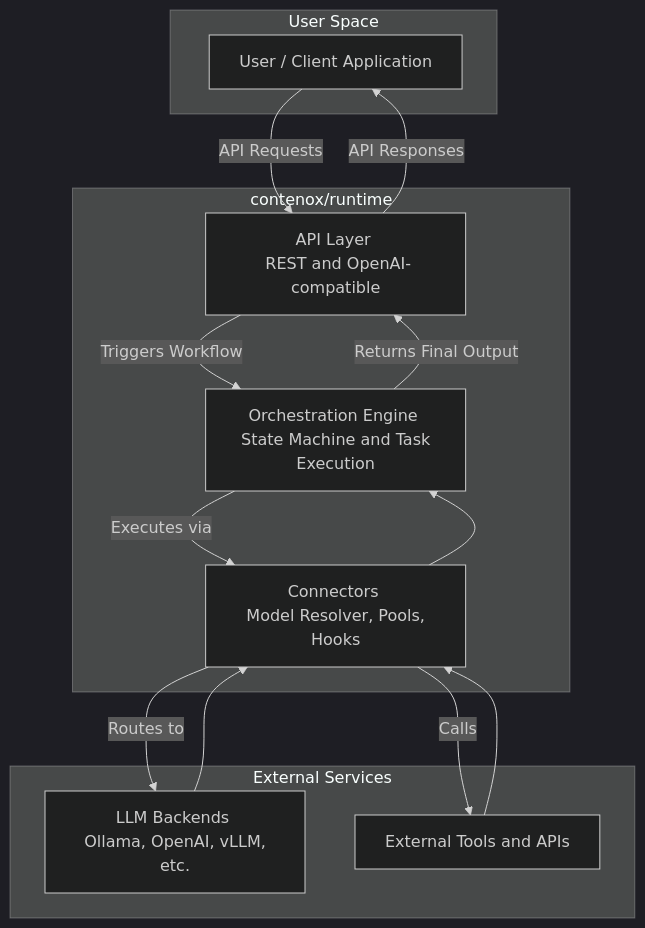
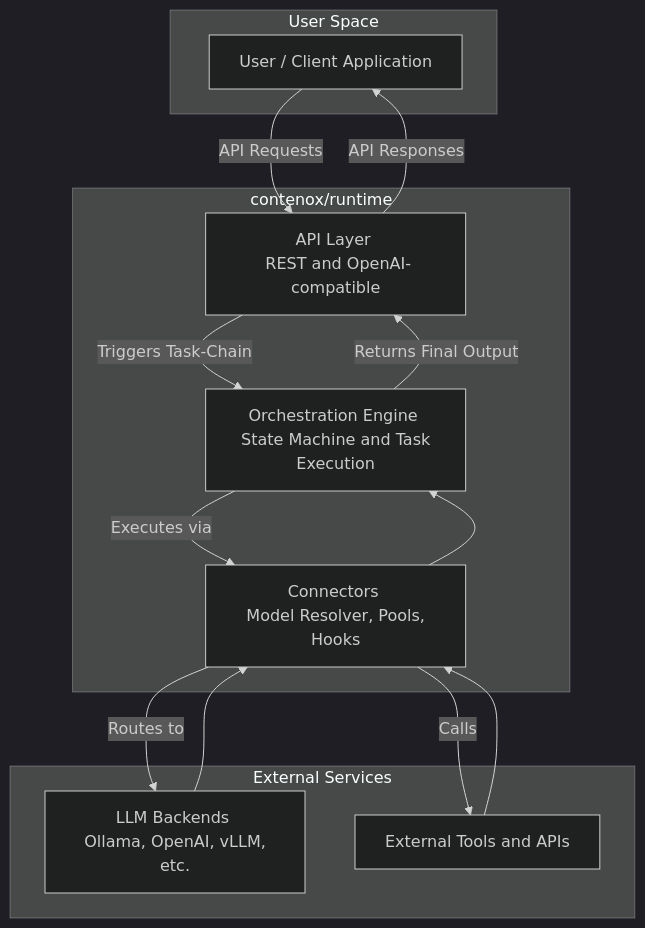
The diagram in README.md (contenox/runtime), drawn with Mermaid (dark theme) before and after one commit.

Commit message:
Fix last commit

````diff
--- a/README.md
+++ b/README.md
@@ -118,30 +118,30 @@
 ```mermaid
 graph TD
     subgraph "User Space"
         U[User / Client Application]
     end
 
     subgraph "contenox/runtime"
         API[API Layer <br/> REST and OpenAI-compatible]
         OE["Orchestration Engine <br/> State Machine and Task Execution"]
         CONN["Connectors <br/> Model Resolver, Pools, Hooks"]
     end
 
     subgraph "External Services"
         LLM[LLM Backends <br/> Ollama, OpenAI, vLLM, etc.]
         HOOK[External Tools and APIs]
     end
 
     %% --- Data Flow ---
     U -- API Requests --> API
-    API -- Triggers Workflow --> OE
+    API -- Triggers Task-Chain --> OE
     OE -- Executes via --> CONN
     CONN -- Routes to --> LLM
     CONN -- Calls --> HOOK
 
     LLM --> CONN
     HOOK --> CONN
     CONN --> OE
     OE -- Returns Final Output --> API
     API -- API Responses --> U
 ```
````
